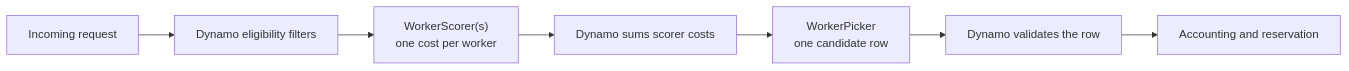
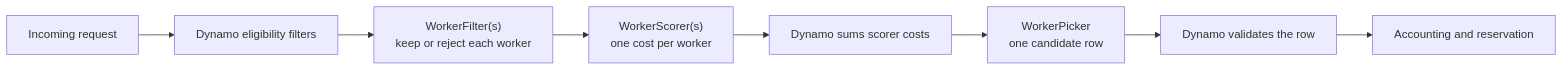
One commit to ai-dynamo/dynamo changed the diagram in docs/fern/pages/developer-guide/advanced-customizations/custom-worker-selection.mdx. Above: the diagram before and after it, drawn with Mermaid. The commit also changed other lines of this file and 4 other files, not shown here.

Commit message:
fix(router): integrate worker filters after rebase

````diff
--- a/docs/fern/pages/developer-guide/advanced-customizations/custom-worker-selection.mdx
+++ b/docs/fern/pages/developer-guide/advanced-customizations/custom-worker-selection.mdx
@@ -16,9 +16,10 @@
 ```mermaid
 flowchart LR
     Request["Incoming request"] --> Eligibility["Dynamo eligibility filters"]
-    Eligibility --> Scorers["WorkerScorer(s)<br/>one cost per worker"]
+    Eligibility --> Filters["WorkerFilter(s)<br/>keep or reject each worker"]
+    Filters --> Scorers["WorkerScorer(s)<br/>one cost per worker"]
     Scorers --> Sum["Dynamo sums scorer costs"]
     Sum --> Picker["WorkerPicker<br/>one candidate row"]
     Picker --> Validate["Dynamo validates the row"]
     Validate --> Reserve["Accounting and reservation"]
 ```
````
